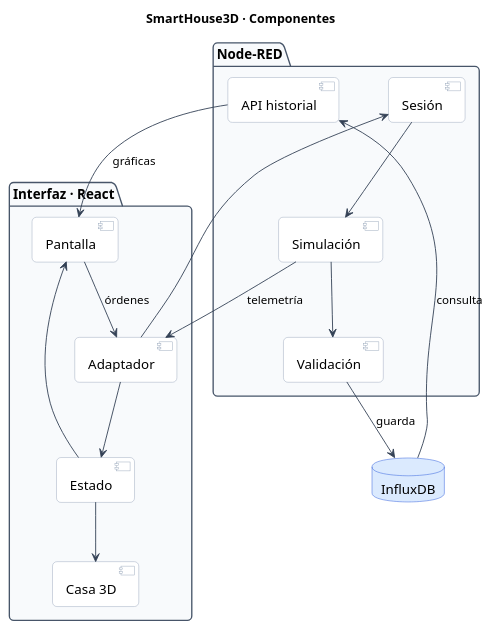
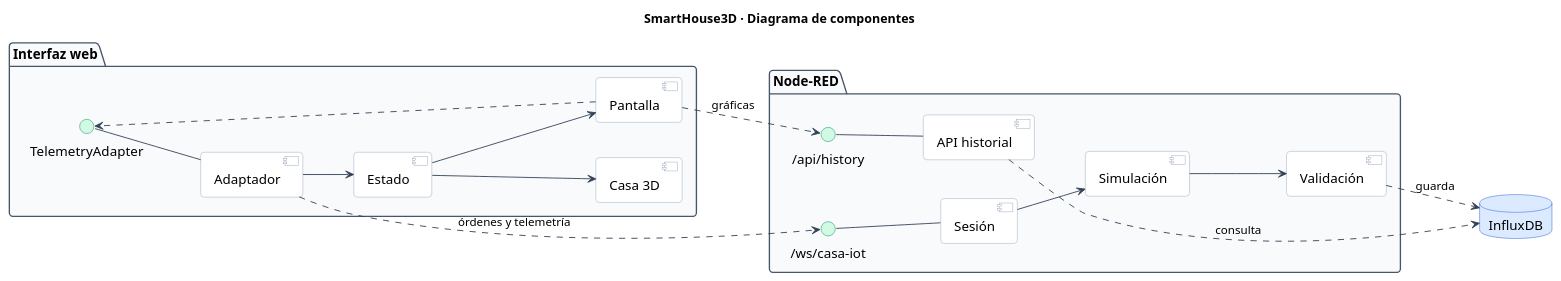
One commit to WilderG2004/SmartHouse3D changed the diagram in docs/diagramas/componentes.puml. Above: the diagram before and after it, drawn with PlantUML. The commit also changed 1 other file, not shown here.

Commit message:
Componentes: notacion UML con interfaces proporcionadas y requeridas
El diagrama anterior eran cajas unidas por flechas, sin la notacion
propia de un diagrama de componentes. Ahora usa:

- Componentes con el icono UML.
- Interfaces proporcionadas en notacion de bola: TelemetryAdapter en el
  adaptador, /ws/casa-iot y /api/history en Node-RED.
- Interfaces requeridas como dependencias punteadas desde quien las usa.
- InfluxDB como base de datos, con dependencias de guardado y consulta.

Cada interfaz queda junto al componente que la proporciona, asi que no
hay lineas cruzando el dibujo.

```diff
--- a/docs/diagramas/componentes.puml
+++ b/docs/diagramas/componentes.puml
@@ -1,54 +1,68 @@
 @startuml componentes
-title SmartHouse3D · Componentes
+title SmartHouse3D · Diagrama de componentes
+
+left to right direction
 
 skinparam backgroundColor White
 skinparam shadowing false
 skinparam defaultFontName Helvetica
 skinparam defaultFontSize 15
-skinparam roundcorner 10
+skinparam roundcorner 8
+skinparam componentStyle uml2
 skinparam ArrowColor #334155
 skinparam ArrowFontSize 13
-skinparam nodesep 55
-skinparam ranksep 65
+skinparam nodesep 40
+skinparam ranksep 55
 skinparam package {
   BackgroundColor #F8FAFC
   BorderColor #475569
 }
 skinparam component {
   BackgroundColor #FFFFFF
   BorderColor #94A3B8
 }
+skinparam interface {
+  BackgroundColor #D1FAE5
+  BorderColor #047857
+}
 skinparam database {
   BackgroundColor #DBEAFE
   BorderColor #1D4ED8
 }
 
-package "Interfaz · React" as ui {
+package "Interfaz web" {
   component "Pantalla" as pantalla
-  component "Casa 3D" as escena
+  component "Casa 3D" as casa
   component "Estado" as estado
-  component "Adaptador" as adapter
+  component "Adaptador" as adaptador
+  interface "TelemetryAdapter" as ITel
+
+  adaptador -up- ITel
+  pantalla ..> ITel
+  adaptador --> estado
+  estado --> pantalla
+  estado --> casa
 }
 
-package "Node-RED" as nr {
+package "Node-RED" {
   component "Sesión" as sesion
   component "Simulación" as simul
   component "Validación" as valida
   component "API historial" as api
+  interface "/ws/casa-iot" as IWs
+  interface "/api/history" as IHist
+
+  sesion -up- IWs
+  api -up- IHist
+  sesion --> simul
+  simul --> valida
 }
 
 database "InfluxDB" as influx
 
-pantalla --> adapter : "órdenes"
-adapter --> sesion
-sesion --> simul
-simul --> valida
-valida --> influx : "guarda"
-simul --> adapter : "telemetría"
-adapter --> estado
-estado --> pantalla
-estado --> escena
-influx --> api : "consulta"
-api --> pantalla : "gráficas"
+adaptador ..> IWs : "órdenes y telemetría"
+pantalla ..> IHist : "gráficas"
+valida ..> influx : "guarda"
+api ..> influx : "consulta"
 
 @enduml
```
